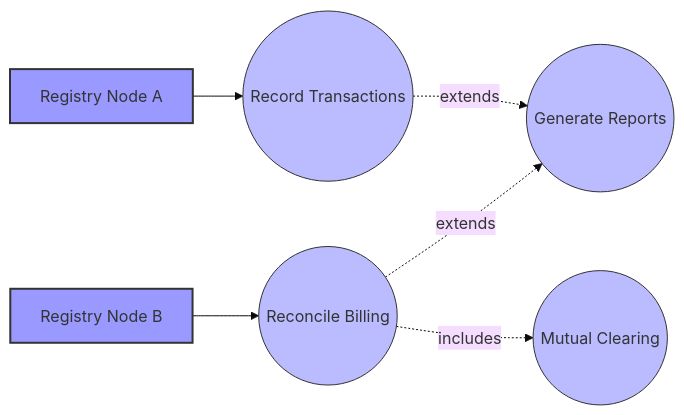
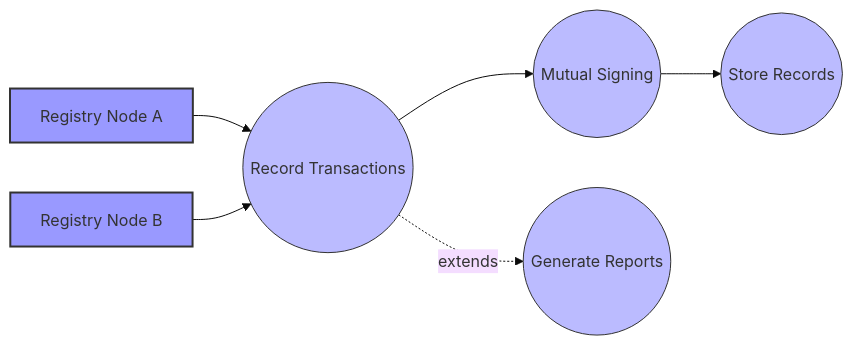
Before and after one commit to o2alexanderfedin/decentralized-mcp-registry: the tenth of 16 diagrams in use-cases.md, drawn with Mermaid (base theme). The commit also changed other lines of this file, not shown here.

Commit message:
Update use cases with comprehensive diagrams

````diff
--- a/use-cases.md
+++ b/use-cases.md
@@ -155,15 +232,15 @@
 ```mermaid
 graph LR
     N1[Registry Node A] --> UC1((Record Transactions))
-    N2[Registry Node B] --> UC2((Reconcile Billing))
-    UC1 -.extends.-> UC3((Generate Reports))
-    UC2 -.extends.-> UC3
-    UC2 -.includes.-> UC4((Mutual Clearing))
+    N2[Registry Node B] --> UC1
+    UC1 --> UC2((Mutual Signing))
+    UC2 --> UC3((Store Records))
+    UC1 -.extends.-> UC4((Generate Reports))
     
     style N1 fill:#99f,stroke:#333,stroke-width:2px
     style N2 fill:#99f,stroke:#333,stroke-width:2px
     style UC1 fill:#bbf,stroke:#333,stroke-width:1px
     style UC2 fill:#bbf,stroke:#333,stroke-width:1px
     style UC3 fill:#bbf,stroke:#333,stroke-width:1px
     style UC4 fill:#bbf,stroke:#333,stroke-width:1px
 ```
````
